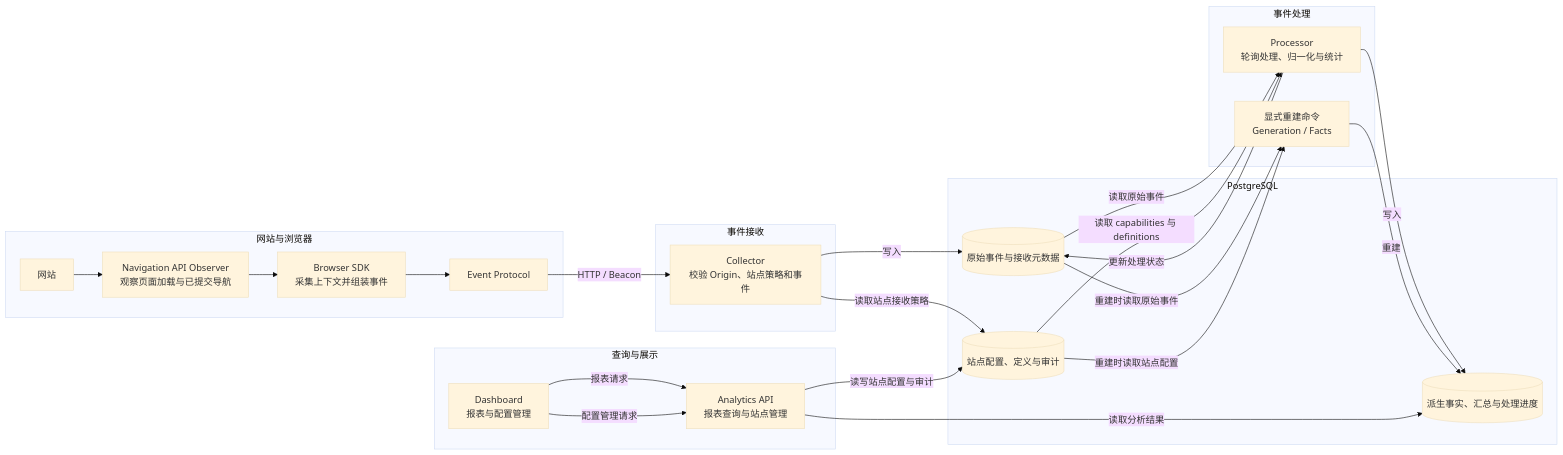
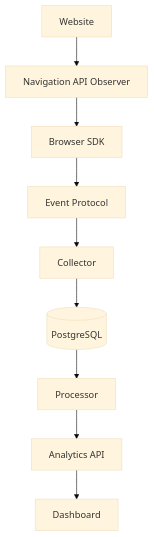
One commit to bearfighting/Traceleaf changed the diagram in README.md. Above: the diagram before and after it, drawn with Mermaid (base theme). The commit also changed other lines of this file and 49 other files, not shown here.

````diff
--- a/README.md
+++ b/README.md
@@ -11,45 +47,11 @@
 ```mermaid
-flowchart LR
-    subgraph Browser[网站与浏览器]
-        Website[网站]
-        Observer[Navigation API Observer<br/>观察页面加载与已提交导航]
-        SDK[Browser SDK<br/>采集上下文并组装事件]
-        Protocol[Event Protocol]
-        Website --> Observer --> SDK --> Protocol
-    end
-
-    subgraph Ingestion[事件接收]
-        Collector[Collector<br/>校验 Origin、站点策略和事件]
-    end
-
-    subgraph Storage[PostgreSQL]
-        Raw[(原始事件与接收元数据)]
-        Facts[(派生事实、汇总与处理进度)]
-        Config[(站点配置、定义与审计)]
-    end
-
-    subgraph Processing[事件处理]
-        Processor[Processor<br/>轮询处理、归一化与统计]
-        Rebuild[显式重建命令<br/>Generation / Facts]
-    end
-
-    subgraph Serving[查询与展示]
-        API[Analytics API<br/>报表查询与站点管理]
-        Dashboard[Dashboard<br/>报表与配置管理]
-    end
-
-    Protocol -->|HTTP / Beacon| Collector
-    Collector -->|写入| Raw
-    Collector -->|读取站点接收策略| Config
-    Raw -->|读取原始事件| Processor
-    Processor -->|更新处理状态| Raw
-    Config -->|读取 capabilities 与 definitions| Processor
-    Processor -->|写入| Facts
-    Raw -->|重建时读取原始事件| Rebuild
-    Config -->|重建时读取站点配置| Rebuild
-    Rebuild -->|重建| Facts
-    API -->|读取分析结果| Facts
-    Dashboard -->|报表请求| API
-    Dashboard -->|配置管理请求| API
-    API -->|读写站点配置与审计| Config
+flowchart TD
+    Site[Website] --> Observer[Navigation API Observer]
+    Observer --> SDK[Browser SDK]
+    SDK --> Protocol[Event Protocol]
+    Protocol --> Collector[Collector]
+    Collector --> PostgreSQL[(PostgreSQL)]
+    PostgreSQL --> Processor[Processor]
+    Processor --> API[Analytics API]
+    API --> Dashboard[Dashboard]
 ```
````
